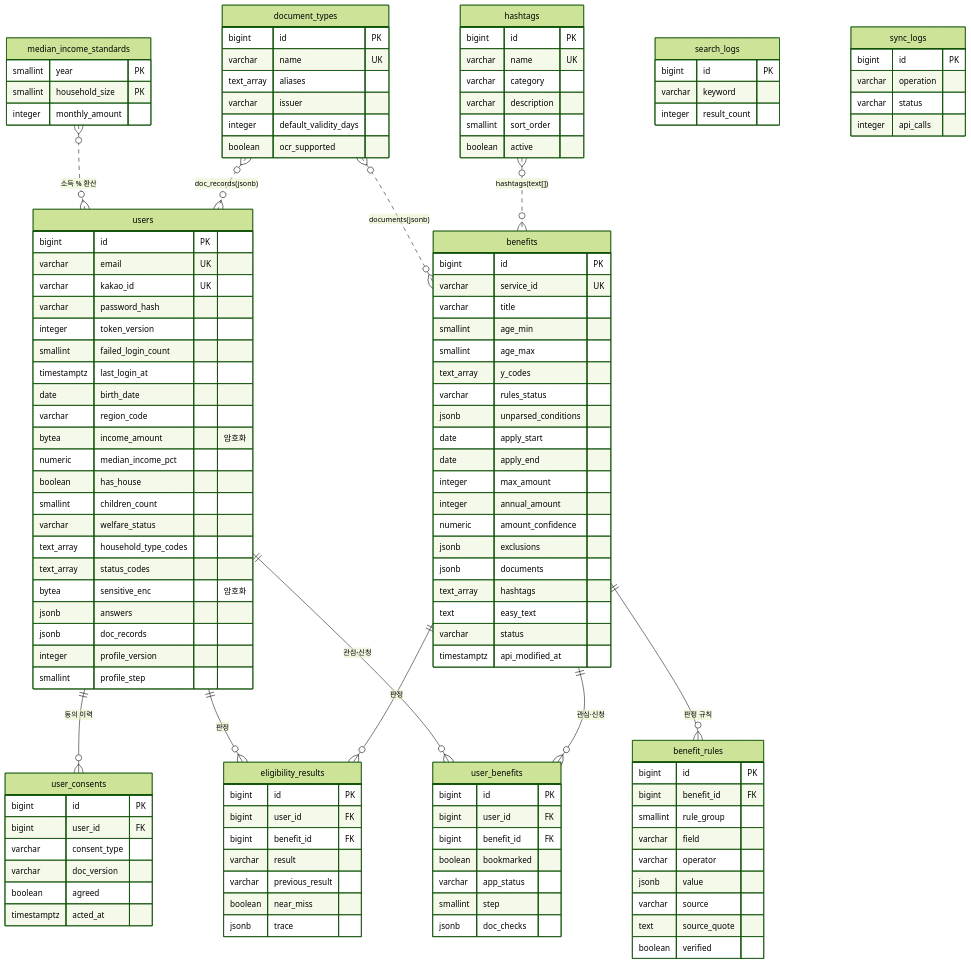
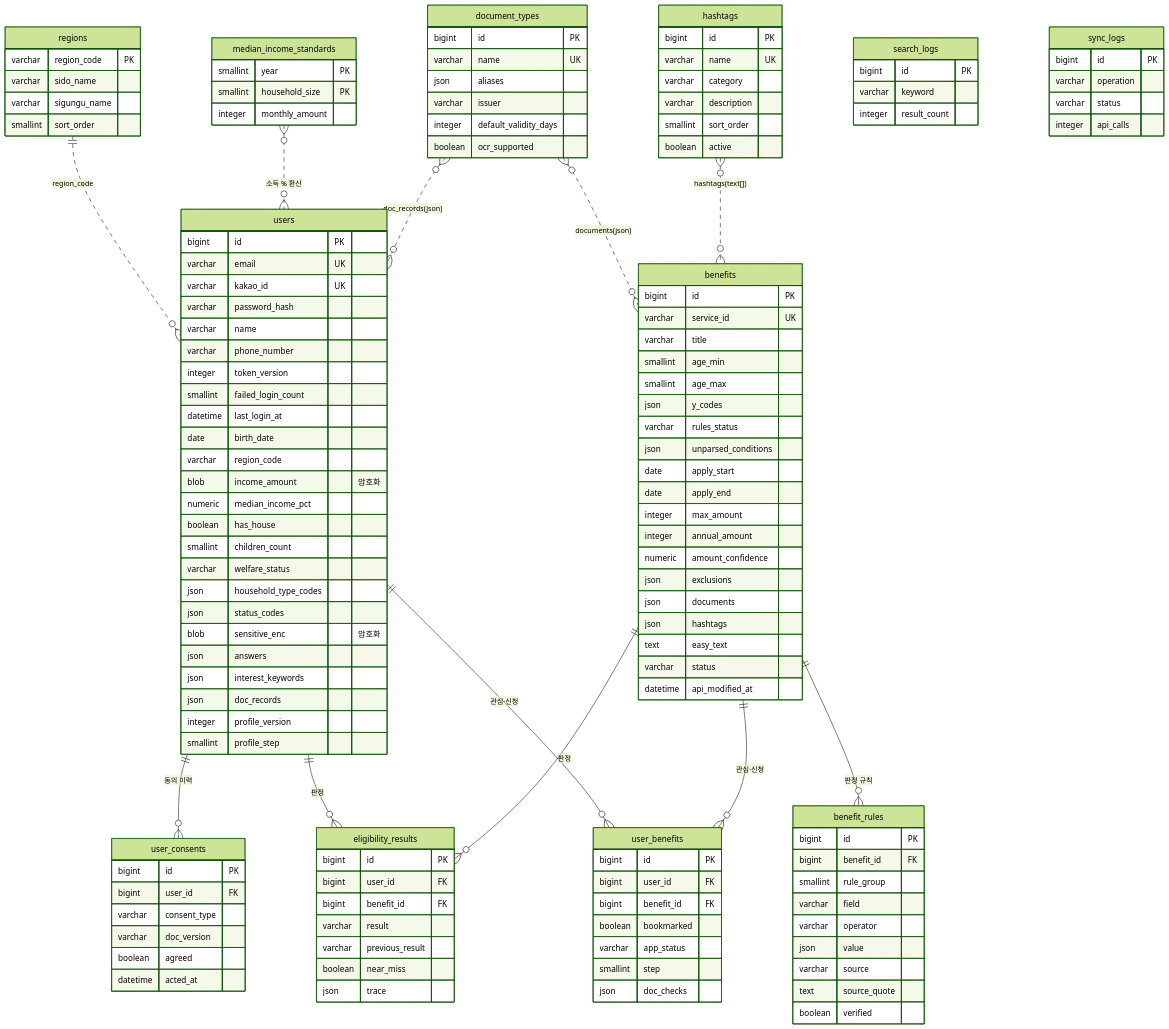
The diagram in docs/erd.mmd (JavaSpring-TeamB/bokdeongi), drawn with Mermaid (forest theme) before and after one commit. The commit also changed 4 other files, not shown here.

Commit message:
chore: DB를 MySQL 9.7로 변경 (D-72), ERD v2.7

```diff
--- a/docs/erd.mmd
+++ b/docs/erd.mmd
@@ -1,125 +1,135 @@
 erDiagram
+    regions ||..o{ users : "region_code"
     users ||--o{ user_consents : "동의 이력"
     users ||--o{ eligibility_results : "판정"
     benefits ||--o{ eligibility_results : "판정"
     users ||--o{ user_benefits : "관심·신청"
     benefits ||--o{ user_benefits : "관심·신청"
     benefits ||--o{ benefit_rules : "판정 규칙"
     median_income_standards }o..o{ users : "소득 % 환산"
-    document_types }o..o{ benefits : "documents(jsonb)"
-    document_types }o..o{ users : "doc_records(jsonb)"
+    document_types }o..o{ benefits : "documents(json)"
+    document_types }o..o{ users : "doc_records(json)"
     hashtags }o..o{ benefits : "hashtags(text[])"
 
     users {
         bigint id PK
         varchar email UK
         varchar kakao_id UK
         varchar password_hash
+        varchar name
+        varchar phone_number
         integer token_version
         smallint failed_login_count
-        timestamptz last_login_at
+        datetime last_login_at
         date birth_date
         varchar region_code
-        bytea income_amount "암호화"
+        blob income_amount "암호화"
         numeric median_income_pct
         boolean has_house
         smallint children_count
         varchar welfare_status
-        text_array household_type_codes
-        text_array status_codes
-        bytea sensitive_enc "암호화"
-        jsonb answers
-        jsonb doc_records
+        json household_type_codes
+        json status_codes
+        blob sensitive_enc "암호화"
+        json answers
+        json interest_keywords
+        json doc_records
         integer profile_version
         smallint profile_step
     }
     user_consents {
         bigint id PK
         bigint user_id FK
         varchar consent_type
         varchar doc_version
         boolean agreed
-        timestamptz acted_at
+        datetime acted_at
     }
     median_income_standards {
         smallint year PK
         smallint household_size PK
         integer monthly_amount
     }
     benefits {
         bigint id PK
         varchar service_id UK
         varchar title
         smallint age_min
         smallint age_max
-        text_array y_codes
+        json y_codes
         varchar rules_status
-        jsonb unparsed_conditions
+        json unparsed_conditions
         date apply_start
         date apply_end
         integer max_amount
         integer annual_amount
         numeric amount_confidence
-        jsonb exclusions
-        jsonb documents
-        text_array hashtags
+        json exclusions
+        json documents
+        json hashtags
         text easy_text
         varchar status
-        timestamptz api_modified_at
+        datetime api_modified_at
     }
     benefit_rules {
         bigint id PK
         bigint benefit_id FK
         smallint rule_group
         varchar field
         varchar operator
-        jsonb value
+        json value
         varchar source
         text source_quote
         boolean verified
     }
     eligibility_results {
         bigint id PK
         bigint user_id FK
         bigint benefit_id FK
         varchar result
         varchar previous_result
         boolean near_miss
-        jsonb trace
+        json trace
     }
     user_benefits {
         bigint id PK
         bigint user_id FK
         bigint benefit_id FK
         boolean bookmarked
         varchar app_status
         smallint step
-        jsonb doc_checks
+        json doc_checks
     }
     document_types {
         bigint id PK
         varchar name UK
-        text_array aliases
+        json aliases
         varchar issuer
         integer default_validity_days
         boolean ocr_supported
     }
     hashtags {
         bigint id PK
         varchar name UK
         varchar category
         varchar description
         smallint sort_order
         boolean active
     }
     search_logs {
         bigint id PK
         varchar keyword
         integer result_count
     }
     sync_logs {
         bigint id PK
         varchar operation
         varchar status
         integer api_calls
     }
+    regions {
+        varchar region_code PK
+        varchar sido_name
+        varchar sigungu_name
+        smallint sort_order
+    }
```
